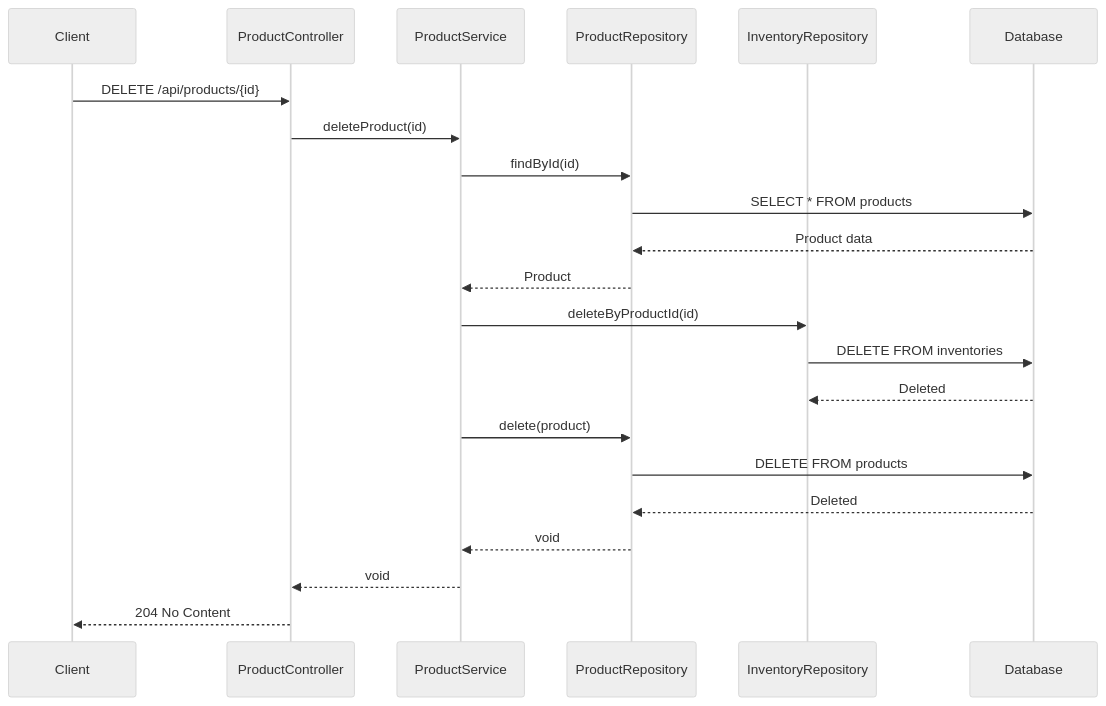
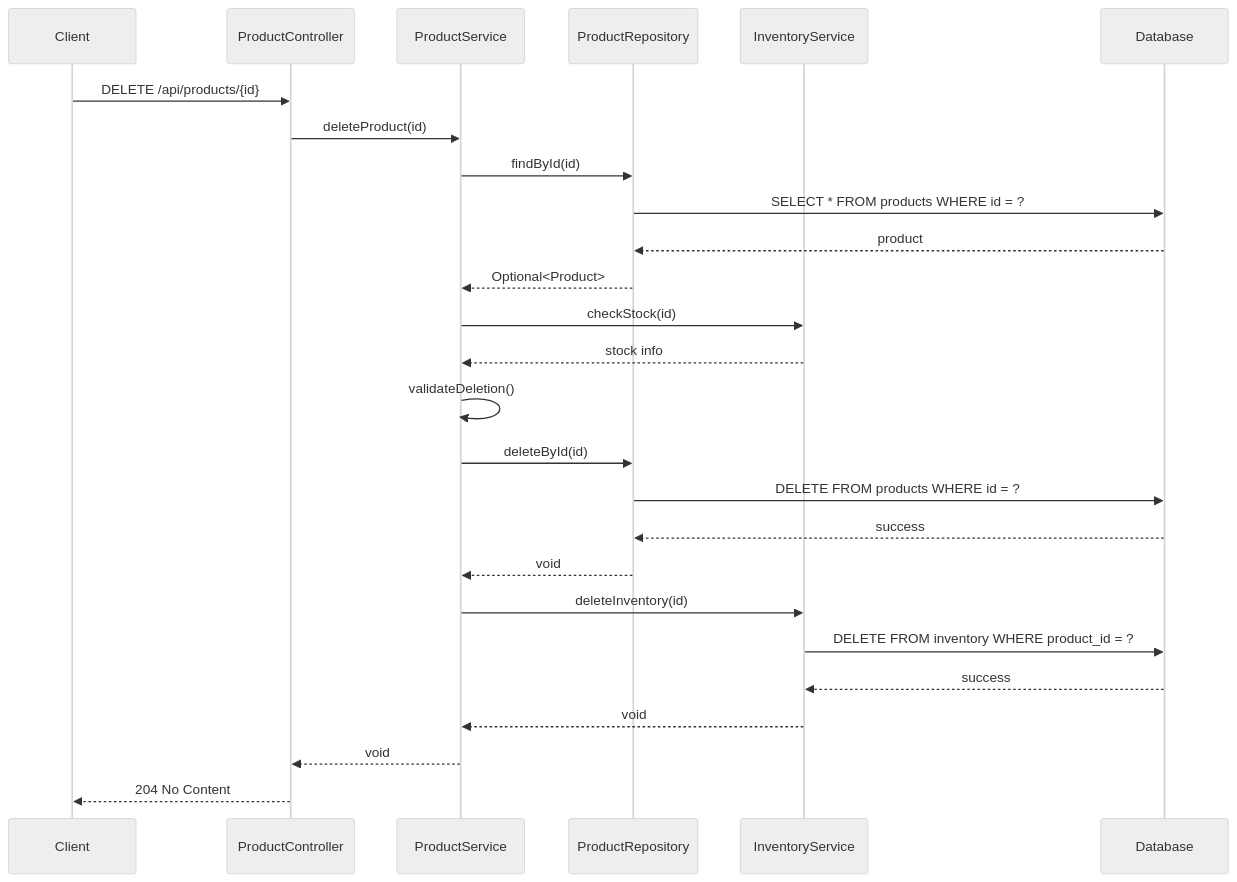
One commit to NavneetBN47/aava-ecom-demo changed the sixth of 13 diagrams in docs/LLD/modified_lld.md. Above: the diagram before and after it, drawn with Mermaid (neutral theme). The commit also changed other lines of this file, not shown here.

````diff
--- a/docs/LLD/modified_lld.md
+++ b/docs/LLD/modified_lld.md
@@ -388,25 +393,29 @@
 ```mermaid
 sequenceDiagram
     participant Client
     participant ProductController
     participant ProductService
     participant ProductRepository
-    participant InventoryRepository
+    participant InventoryService
     participant Database
 
     Client->>ProductController: DELETE /api/products/{id}
     ProductController->>ProductService: deleteProduct(id)
     ProductService->>ProductRepository: findById(id)
-    ProductRepository->>Database: SELECT * FROM products
-    Database-->>ProductRepository: Product data
-    ProductRepository-->>ProductService: Product
-    ProductService->>InventoryRepository: deleteByProductId(id)
-    InventoryRepository->>Database: DELETE FROM inventories
-    Database-->>InventoryRepository: Deleted
-    ProductService->>ProductRepository: delete(product)
-    ProductRepository->>Database: DELETE FROM products
-    Database-->>ProductRepository: Deleted
+    ProductRepository->>Database: SELECT * FROM products WHERE id = ?
+    Database-->>ProductRepository: product
+    ProductRepository-->>ProductService: Optional<Product>
+    ProductService->>InventoryService: checkStock(id)
+    InventoryService-->>ProductService: stock info
+    ProductService->>ProductService: validateDeletion()
+    ProductService->>ProductRepository: deleteById(id)
+    ProductRepository->>Database: DELETE FROM products WHERE id = ?
+    Database-->>ProductRepository: success
     ProductRepository-->>ProductService: void
+    ProductService->>InventoryService: deleteInventory(id)
+    InventoryService->>Database: DELETE FROM inventory WHERE product_id = ?
+    Database-->>InventoryService: success
+    InventoryService-->>ProductService: void
     ProductService-->>ProductController: void
     ProductController-->>Client: 204 No Content
 ```
````
